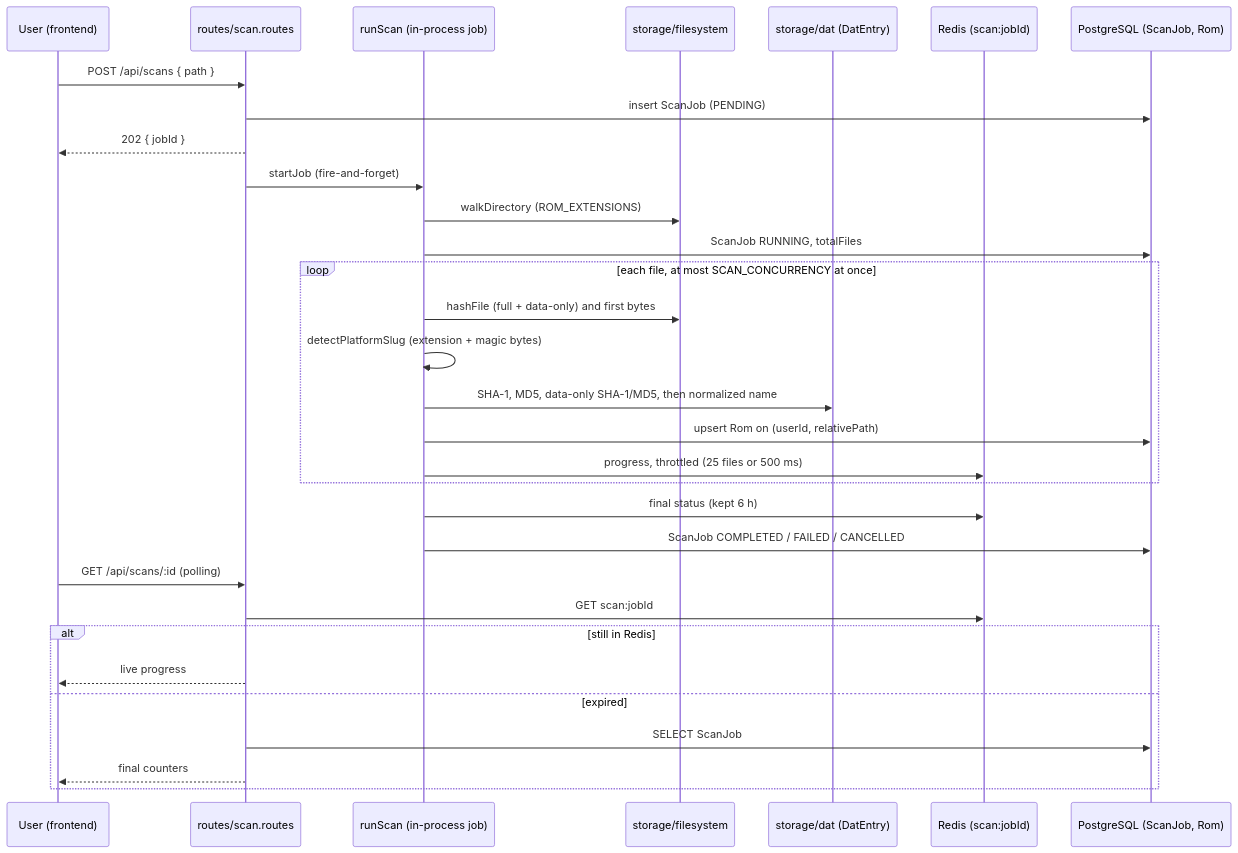
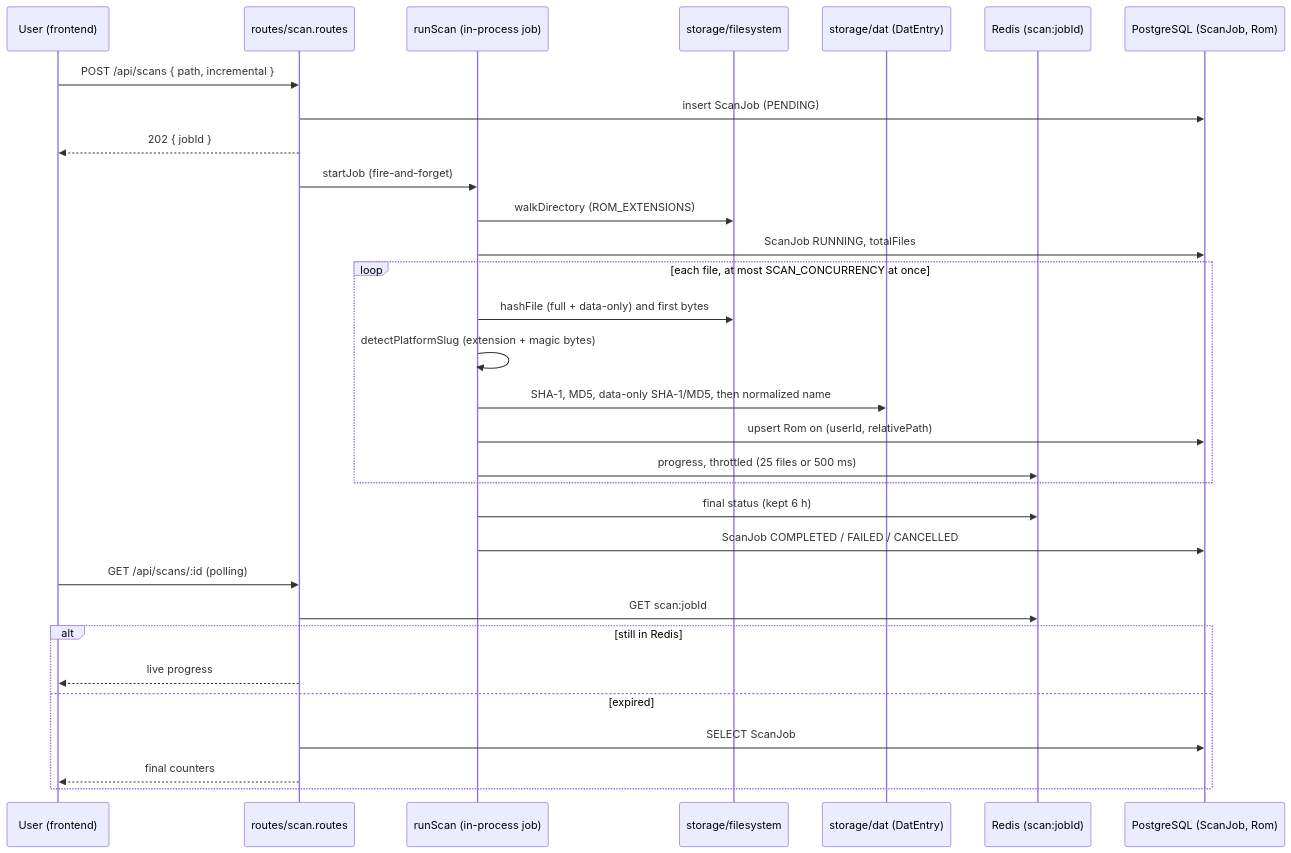
The fourth of 4 diagrams in docs/ARCHITECTURE.md (Novachocolat/rom-rag-sae-but3), drawn with Mermaid before and after one commit. The commit also changed other lines of this file and 15 other files, not shown here.

````diff
--- a/docs/ARCHITECTURE.md
+++ b/docs/ARCHITECTURE.md
@@ -179,34 +182,34 @@
 ```mermaid
 sequenceDiagram
     participant U as User (frontend)
     participant API as routes/scan.routes
     participant Job as runScan (in-process job)
     participant FS as storage/filesystem
     participant DAT as storage/dat (DatEntry)
     participant R as Redis (scan:jobId)
     participant DB as PostgreSQL (ScanJob, Rom)
 
-    U->>API: POST /api/scans { path }
+    U->>API: POST /api/scans { path, incremental }
     API->>DB: insert ScanJob (PENDING)
     API-->>U: 202 { jobId }
     API->>Job: startJob (fire-and-forget)
     Job->>FS: walkDirectory (ROM_EXTENSIONS)
     Job->>DB: ScanJob RUNNING, totalFiles
     loop each file, at most SCAN_CONCURRENCY at once
         Job->>FS: hashFile (full + data-only) and first bytes
         Job->>Job: detectPlatformSlug (extension + magic bytes)
         Job->>DAT: SHA-1, MD5, data-only SHA-1/MD5, then normalized name
         Job->>DB: upsert Rom on (userId, relativePath)
         Job->>R: progress, throttled (25 files or 500 ms)
     end
     Job->>R: final status (kept 6 h)
     Job->>DB: ScanJob COMPLETED / FAILED / CANCELLED
     U->>API: GET /api/scans/:id (polling)
     API->>R: GET scan:jobId
     alt still in Redis
         API-->>U: live progress
     else expired
         API->>DB: SELECT ScanJob
         API-->>U: final counters
     end
 ```
````
